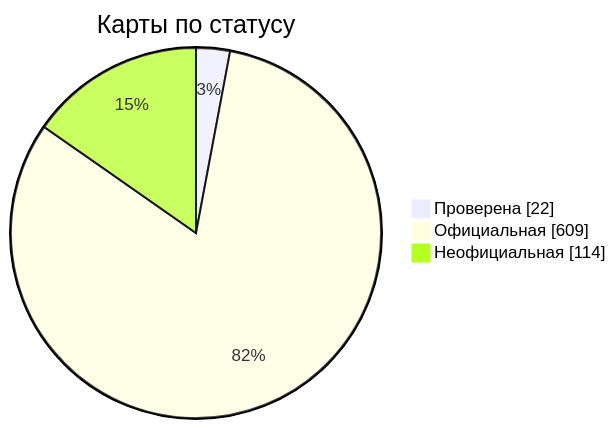
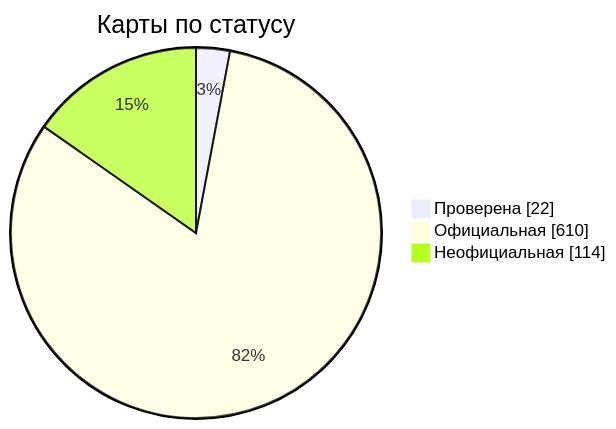
The diagram in docs/readme/README_RU.md (nobrega8/mbmap-library), drawn with Mermaid before and after one commit. The commit also changed 6 other files, not shown here.

````diff
--- a/docs/readme/README_RU.md
+++ b/docs/readme/README_RU.md
@@ -54,7 +54,7 @@
 ```mermaid
 pie showData
     title Карты по статусу
     "Проверена" : 22
-    "Официальная" : 609
+    "Официальная" : 610
     "Неофициальная" : 114
 ```
````
